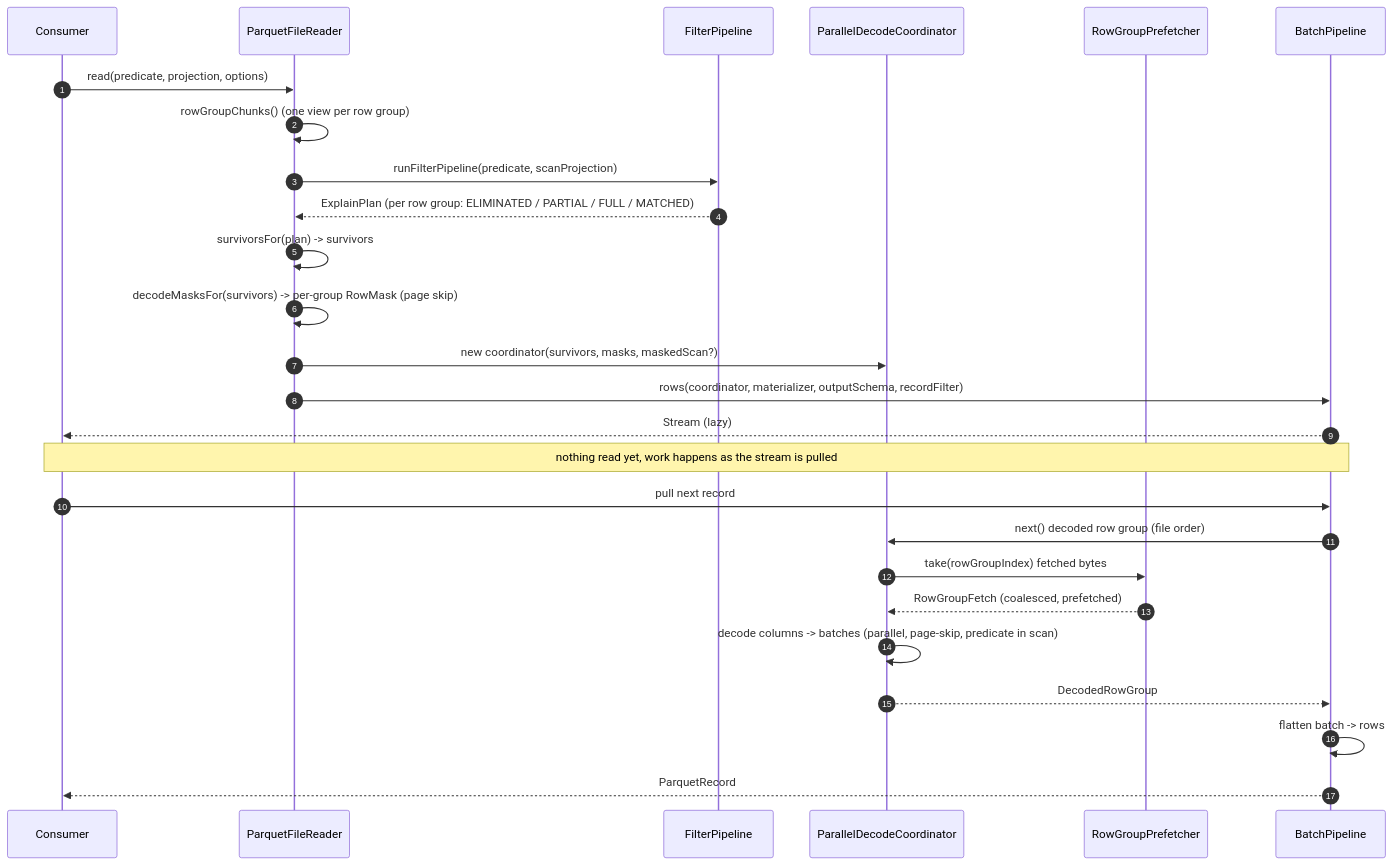
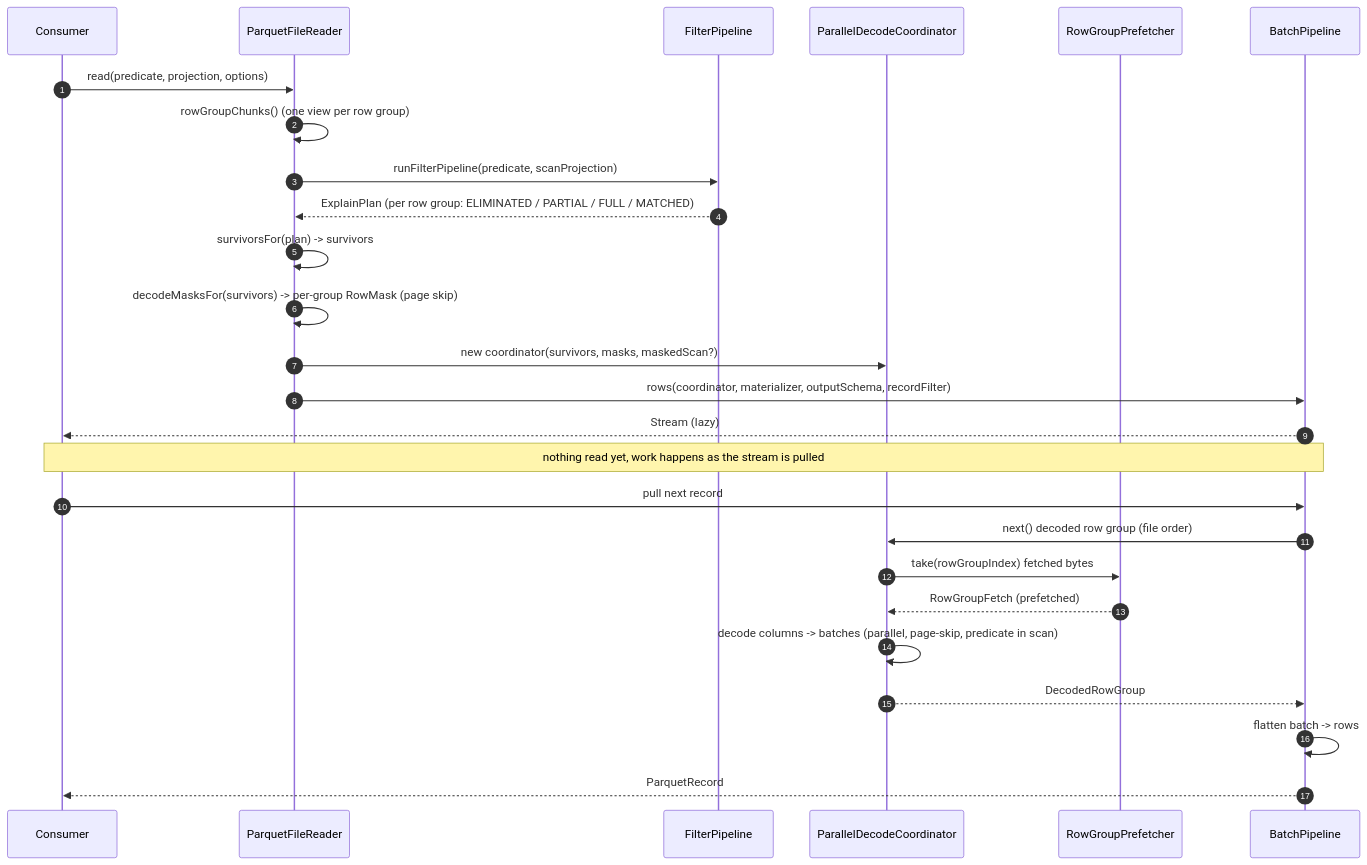
The third of 7 diagrams in docs/read-path.md (tileverse-io/parquetry), drawn with Mermaid before and after one commit. The commit also changed other lines of this file and 6 other files, not shown here.

````diff
--- a/docs/read-path.md
+++ b/docs/read-path.md
@@ -91,31 +91,31 @@
 ```mermaid
 sequenceDiagram
     autonumber
     participant C as Consumer
     participant R as ParquetFileReader
     participant FP as FilterPipeline
     participant DC as ParallelDecodeCoordinator
     participant PF as RowGroupPrefetcher
     participant BP as BatchPipeline
 
     C->>R: read(predicate, projection, options)
     R->>R: rowGroupChunks() (one view per row group)
     R->>FP: runFilterPipeline(predicate, scanProjection)
     FP-->>R: ExplainPlan (per row group: ELIMINATED / PARTIAL / FULL / MATCHED)
     R->>R: survivorsFor(plan) -> survivors
     R->>R: decodeMasksFor(survivors) -> per-group RowMask (page skip)
     R->>DC: new coordinator(survivors, masks, maskedScan?)
     R->>BP: rows(coordinator, materializer, outputSchema, recordFilter)
     BP-->>C: Stream (lazy)
 
     Note over C,BP: nothing read yet, work happens as the stream is pulled
 
     C->>BP: pull next record
     BP->>DC: next() decoded row group (file order)
     DC->>PF: take(rowGroupIndex) fetched bytes
-    PF-->>DC: RowGroupFetch (coalesced, prefetched)
+    PF-->>DC: RowGroupFetch (prefetched)
     DC->>DC: decode columns -> batches (parallel, page-skip, predicate in scan)
     DC-->>BP: DecodedRowGroup
     BP->>BP: flatten batch -> rows
     BP-->>C: ParquetRecord
 ```
````
